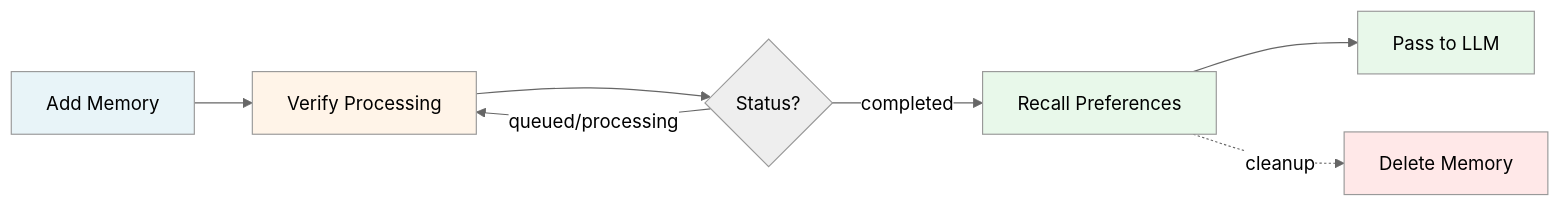
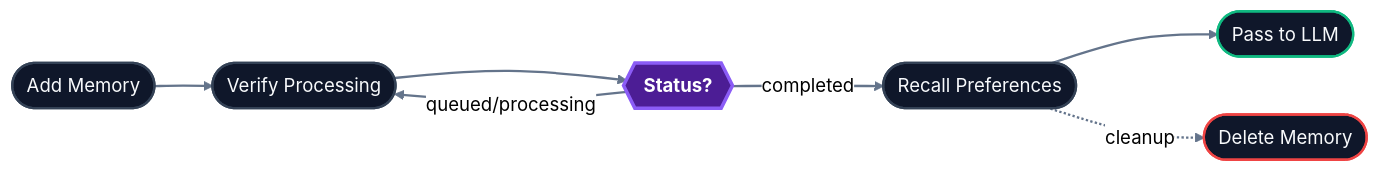
Before and after one commit to rupamghosh2006/mintlify-docs: the diagram in api-reference/endpoint/memories-overview.mdx, drawn with Mermaid (neutral theme). The commit also changed 3 other files, not shown here.

````diff
--- a/api-reference/endpoint/memories-overview.mdx
+++ b/api-reference/endpoint/memories-overview.mdx
@@ -8,15 +8,33 @@
 ```mermaid
 flowchart LR
-    A[Add Memory] --> B[Verify Processing]
-    B --> C{Status?}
+    %% HydraDB Dark Mode Mermaid: classDefs
+    classDef standard fill:#0f172a,stroke:#334155,stroke-width:2px,color:#f8fafc;
+    classDef innovation fill:#4c1d95,stroke:#8b5cf6,stroke-width:3px,color:#ffffff,font-weight:bold;
+    classDef success fill:#0f172a,stroke:#10b981,stroke-width:2px,color:#f8fafc;
+    classDef failure fill:#0f172a,stroke:#ef4444,stroke-width:2px,color:#f8fafc;
+
+    %% Nodes (rounded)
+    A([Add Memory])
+    B([Verify Processing])
+    C{{Status?}}
+    D([Recall Preferences])
+    E([Pass to LLM])
+    F([Delete Memory])
+
+    %% Edges
+    A --> B
+    B --> C
     C -- queued/processing --> B
-    C -- completed --> D[Recall Preferences]
-    D --> E[Pass to LLM]
-    D -.cleanup.-> F[Delete Memory]
+    C -- completed --> D
+    D --> E
+    D -.cleanup.-> F
 
-    style A fill:#e8f4f8
-    style B fill:#fff4e8
-    style D fill:#e8f8ea
-    style E fill:#e8f8ea
-    style F fill:#ffe8e8
+    %% Classes
+    class A,B,D standard;
+    class C innovation;
+    class E success;
+    class F failure;
+
+    %% Link Style
+    linkStyle default stroke:#64748b,stroke-width:2px;
 ```
````
